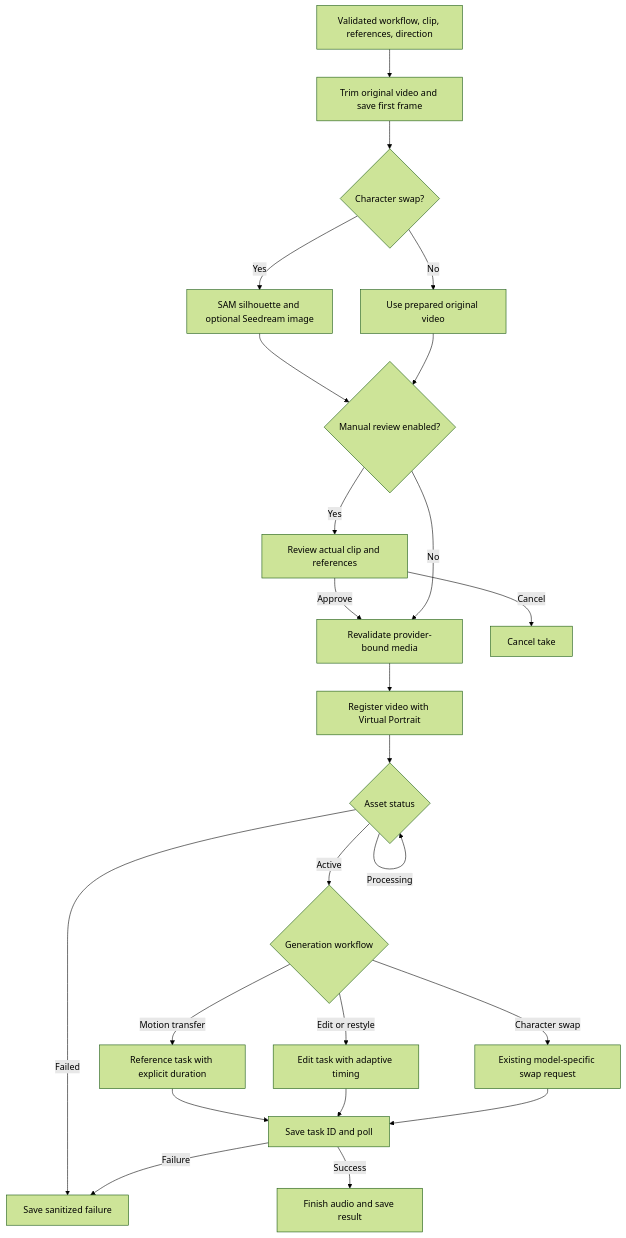
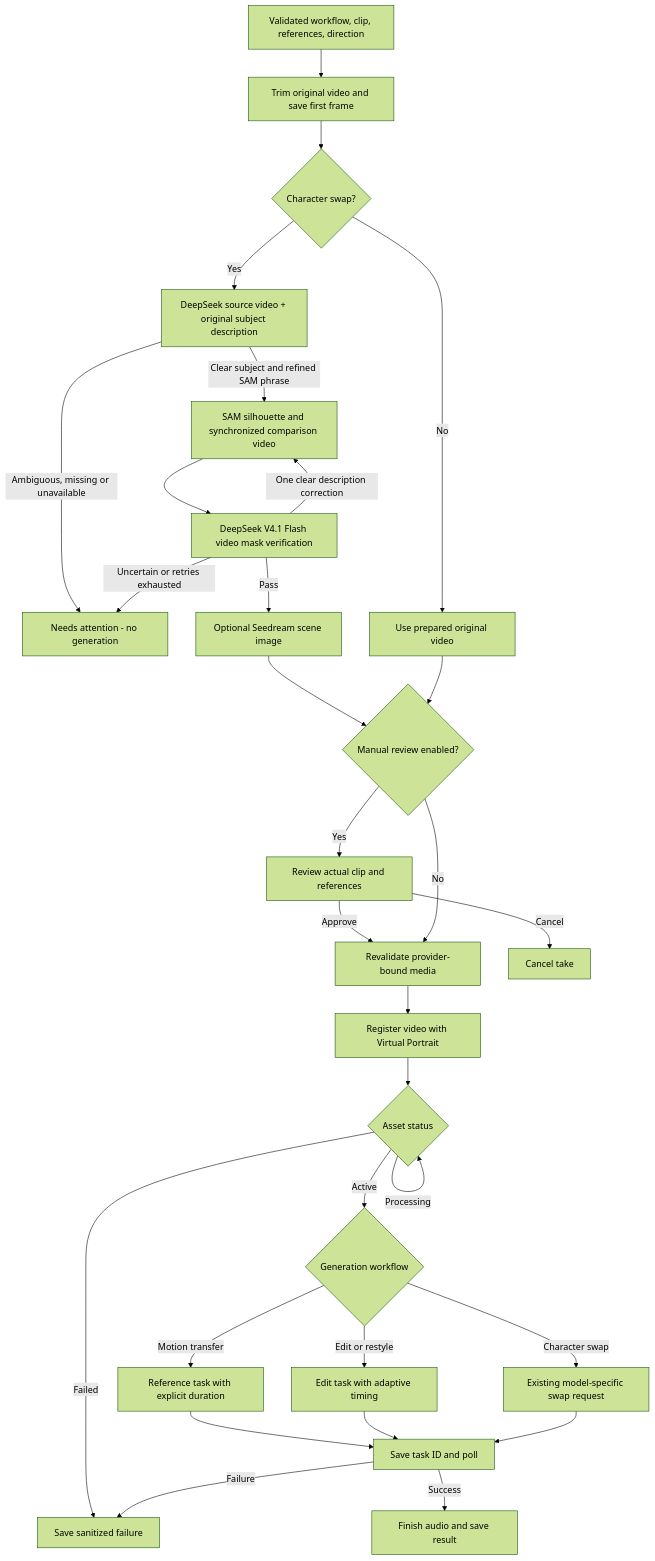
Before and after one commit to ArthurReimus-ByteDance/seed-genjutsu: the diagram in docs/workflows.md, drawn with Mermaid (forest theme). The commit also changed other lines of this file and 29 other files, not shown here.

First line of the commit message:
Add guarded AI subject refinement and mask review

````diff
--- a/docs/workflows.md
+++ b/docs/workflows.md
@@ -26,26 +26,32 @@
 ```mermaid
 flowchart TD
     Input["Validated workflow, clip, references, direction"] --> Trim["Trim original video and save first frame"]
     Trim --> Mode{"Character swap?"}
-    Mode -->|Yes| Mask["SAM silhouette and optional Seedream image"]
+    Mode -->|Yes| Refine["DeepSeek source video + original subject description"]
+    Refine -->|Clear subject and refined SAM phrase| Mask["SAM silhouette and synchronized comparison video"]
+    Refine -->|Ambiguous, missing or unavailable| Attention
     Mode -->|No| Original["Use prepared original video"]
-    Mask --> Review{"Manual review enabled?"}
+    Mask --> Verify["DeepSeek V4.1 Flash video mask verification"]
+    Verify -->|Pass| Scene["Optional Seedream scene image"]
+    Verify -->|One clear description correction| Mask
+    Verify -->|Uncertain or retries exhausted| Attention["Needs attention - no generation"]
+    Scene --> Review{"Manual review enabled?"}
     Original --> Review
     Review -->|Yes| Approve["Review actual clip and references"]
     Approve -->|Approve| Validate["Revalidate provider-bound media"]
     Approve -->|Cancel| Cancel["Cancel take"]
     Review -->|No| Validate
     Validate --> Asset["Register video with Virtual Portrait"]
     Asset --> Active{"Asset status"}
     Active -->|Processing| Active
     Active -->|Failed| Failure["Save sanitized failure"]
     Active -->|Active| Task{"Generation workflow"}
     Task -->|Motion transfer| Motion["Reference task with explicit duration"]
     Task -->|Edit or restyle| Edit["Edit task with adaptive timing"]
     Task -->|Character swap| Legacy["Existing model-specific swap request"]
     Motion --> Poll["Save task ID and poll"]
     Edit --> Poll
     Legacy --> Poll
     Poll -->|Failure| Failure
     Poll -->|Success| Finish["Finish audio and save result"]
 ```
````
